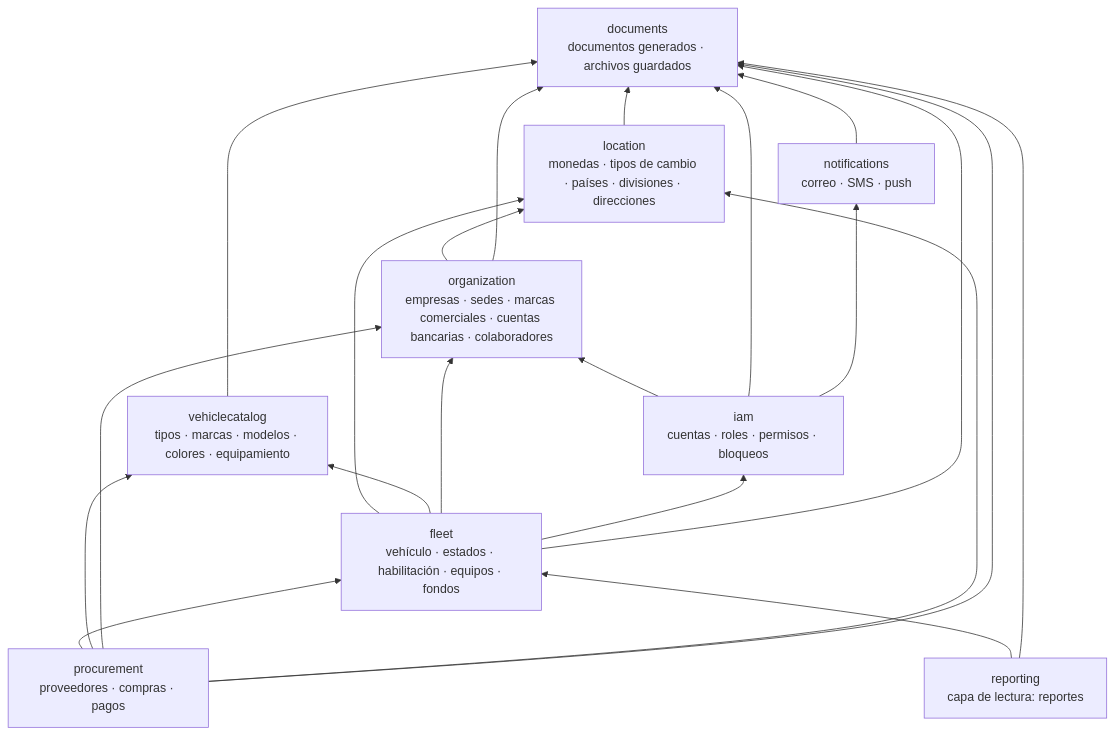
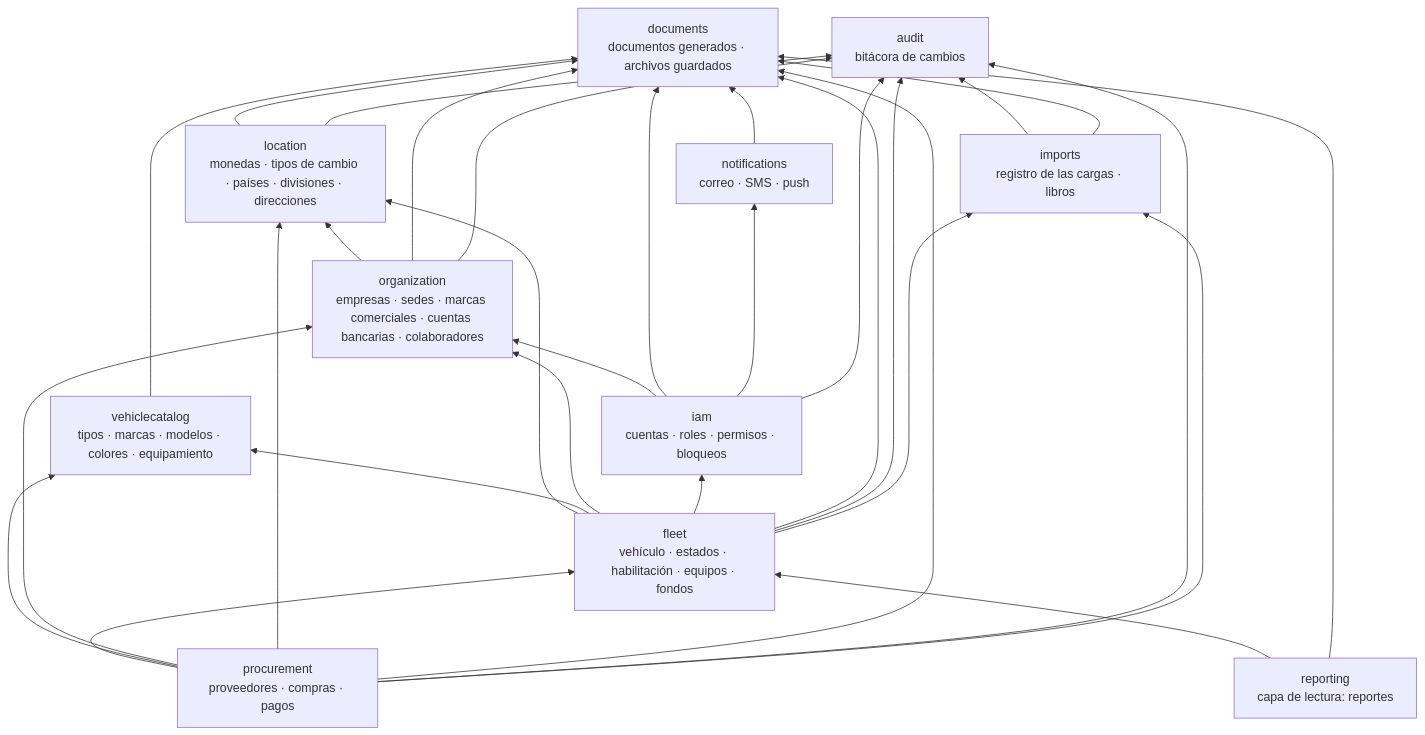
Before and after one commit to erp-millennium-mobility-sac/erp-millennium-mobility-documentation: the diagram in mapa-de-contextos-millennium-mobility.md, drawn with Mermaid. The commit also changed other lines of this file and 7 other files, not shown here.

First line of the commit message:
docs(contexts): phase 1 of the migration, audit and imports leave shared (D-262)

````diff
--- a/mapa-de-contextos-millennium-mobility.md
+++ b/mapa-de-contextos-millennium-mobility.md
@@ -96,33 +98,44 @@
 ```mermaid
 flowchart BT
   docs["documents<br/>documentos generados · archivos guardados"]
   notif["notifications<br/>correo · SMS · push"]
+  audit["audit<br/>bitácora de cambios"]
+  imports["imports<br/>registro de las cargas · libros"]
   location["location<br/>monedas · tipos de cambio · países · divisiones · direcciones"]
   catalog["vehiclecatalog<br/>tipos · marcas · modelos · colores · equipamiento"]
   org["organization<br/>empresas · sedes · marcas comerciales · cuentas bancarias · colaboradores"]
   iam["iam<br/>cuentas · roles · permisos · bloqueos"]
   fleet["fleet<br/>vehículo · estados · habilitación · equipos · fondos"]
   proc["procurement<br/>proveedores · compras · pagos"]
   reporting["reporting<br/>capa de lectura: reportes"]
 
   location --> docs
+  location --> audit
   catalog --> docs
   notif --> docs
+  imports --> audit
+  imports --> docs
   org --> location
   org --> docs
+  org --> audit
   iam --> org
   iam --> docs
   iam --> notif
+  iam --> audit
   fleet --> location
   fleet --> catalog
   fleet --> org
   fleet --> iam
   fleet --> docs
+  fleet --> audit
+  fleet --> imports
   proc --> fleet
   proc --> catalog
   proc --> org
   proc --> location
   proc --> docs
+  proc --> audit
+  proc --> imports
   reporting --> fleet
   reporting --> docs
 ```
````
